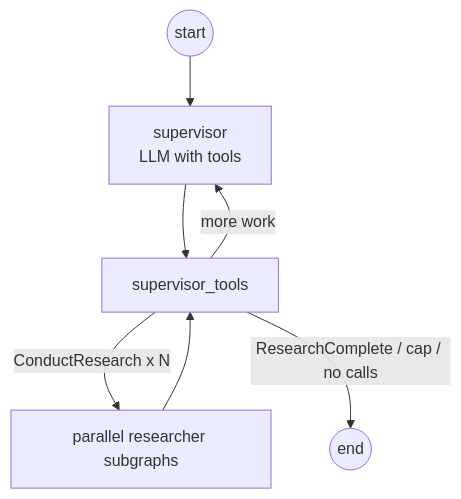
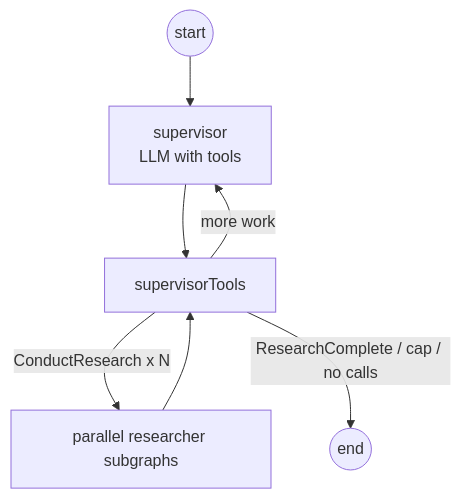
One commit to adi790uu/Research-Copilot changed the fourth of 5 diagrams in docs/architecture.md. Above: the diagram before and after it, drawn with Mermaid. The commit also changed other lines of this file and 47 other files, not shown here.

Commit message:
feat: flow and schema hanges

````diff
--- a/docs/architecture.md
+++ b/docs/architecture.md
@@ -162,9 +175,9 @@
 ```mermaid
 flowchart TD
   START((start)) --> SUP[supervisor<br/>LLM with tools]
-  SUP --> ST[supervisor_tools]
+  SUP --> ST[supervisorTools]
   ST -->|ConductResearch x N| W[parallel researcher subgraphs]
   W --> ST
   ST -->|ResearchComplete / cap / no calls| E((end))
   ST -->|more work| SUP
 ```
````
